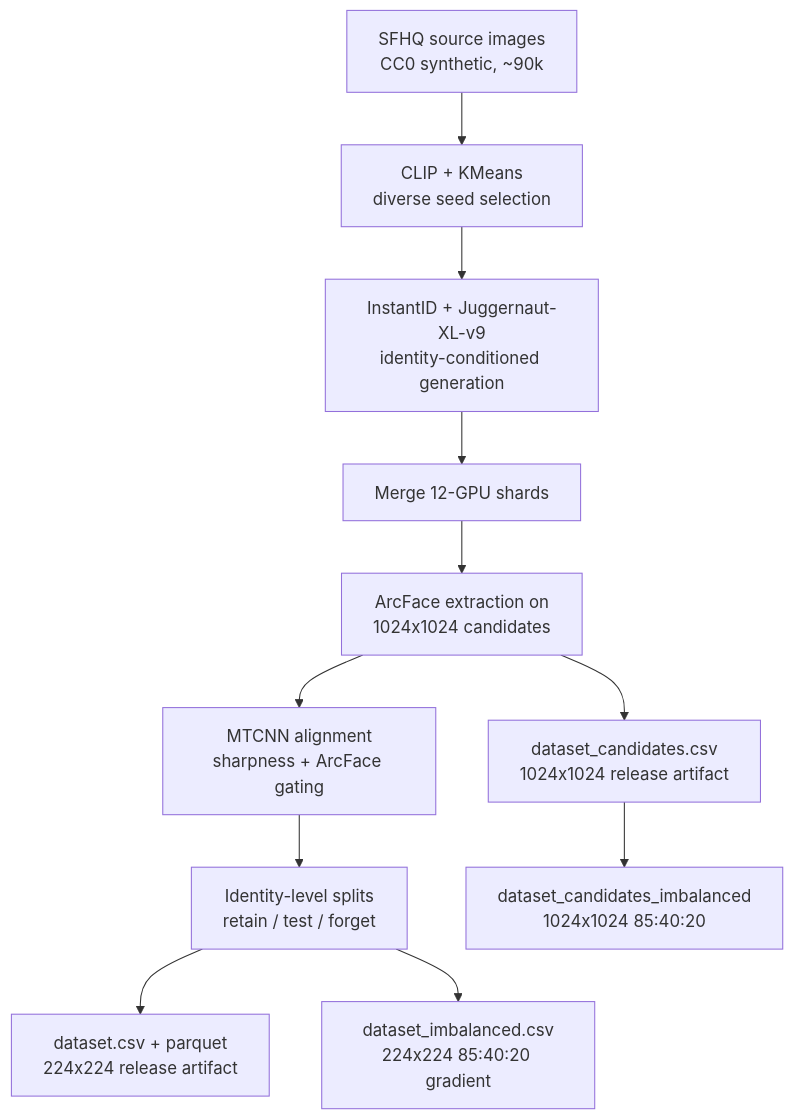
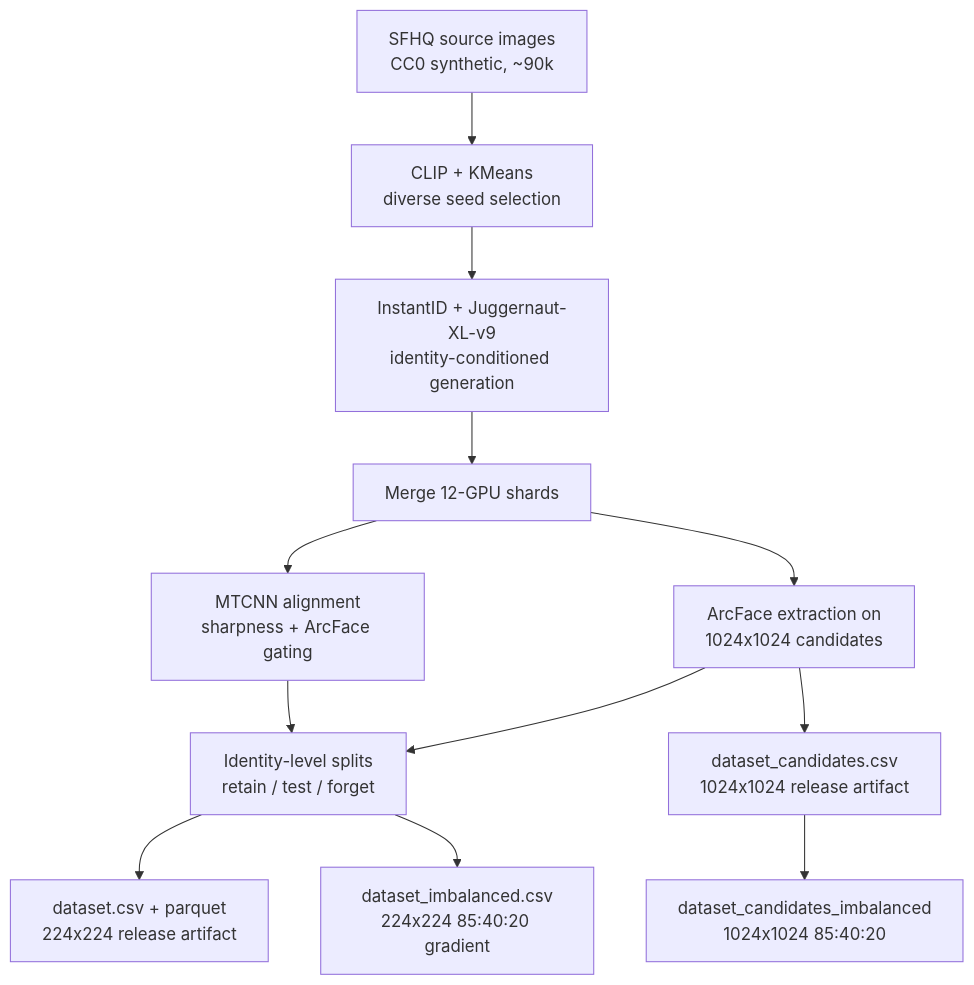
One commit to FaizPalwala/virtual-id-gen changed the diagram in README.md. Above: the diagram before and after it, drawn with Mermaid. The commit also changed other lines of this file, not shown here.

````diff
--- a/README.md
+++ b/README.md
@@ -68,13 +68,14 @@
 ```mermaid
 flowchart TD
     A[SFHQ source images<br/>CC0 synthetic, ~90k] --> B[CLIP + KMeans<br/>diverse seed selection]
     B --> C[InstantID + Juggernaut-XL-v9<br/>identity-conditioned generation]
     C --> D[Merge 12-GPU shards]
     D --> E[ArcFace extraction on<br/>1024x1024 candidates]
-    E --> F[MTCNN alignment<br/>sharpness + ArcFace gating]
-    F --> G[Identity-level splits<br/>retain / test / forget]
+    D --> F[MTCNN alignment<br/>sharpness + ArcFace gating]
+    E --> G[Identity-level splits<br/>retain / test / forget]
+    F --> G
+    E --> J[dataset_candidates.csv<br/>1024x1024 release artifact]
+    J --> K[dataset_candidates_imbalanced<br/>1024x1024 85:40:20]
     G --> H[dataset.csv + parquet<br/>224x224 release artifact]
     G --> I[dataset_imbalanced.csv<br/>224x224 85:40:20 gradient]
-    E --> J[dataset_candidates.csv<br/>1024x1024 release artifact]
-    J --> K[dataset_candidates_imbalanced<br/>1024x1024 85:40:20]
 ```
````
